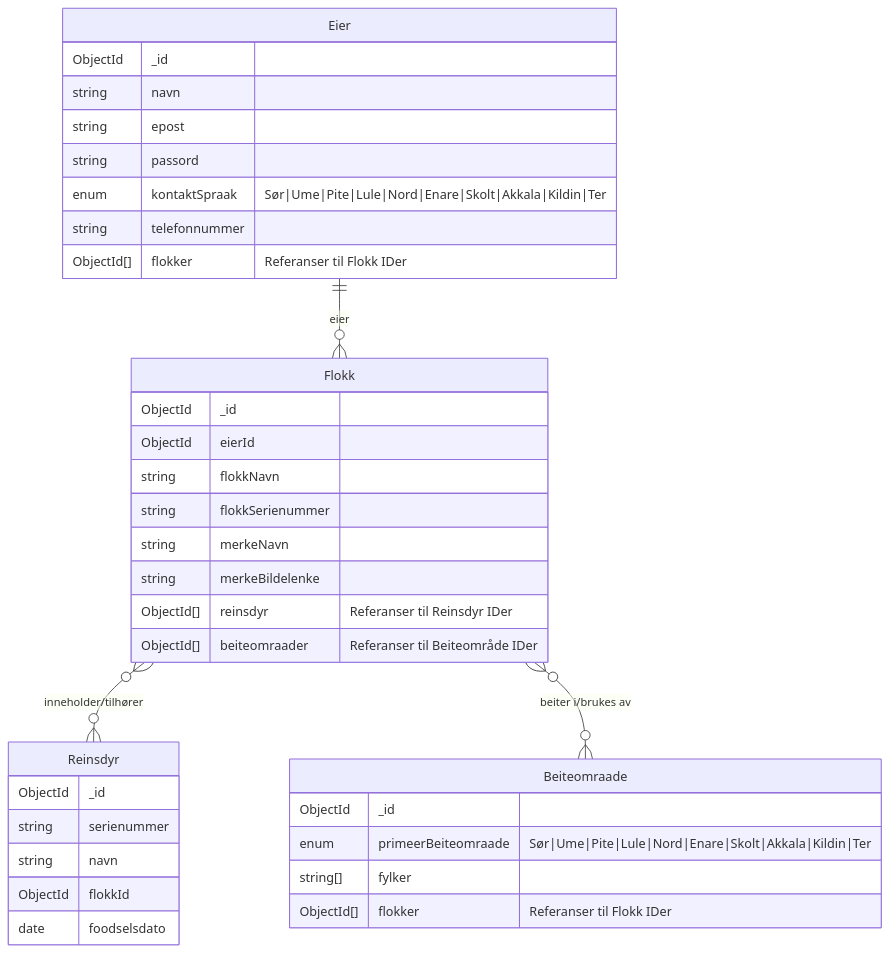
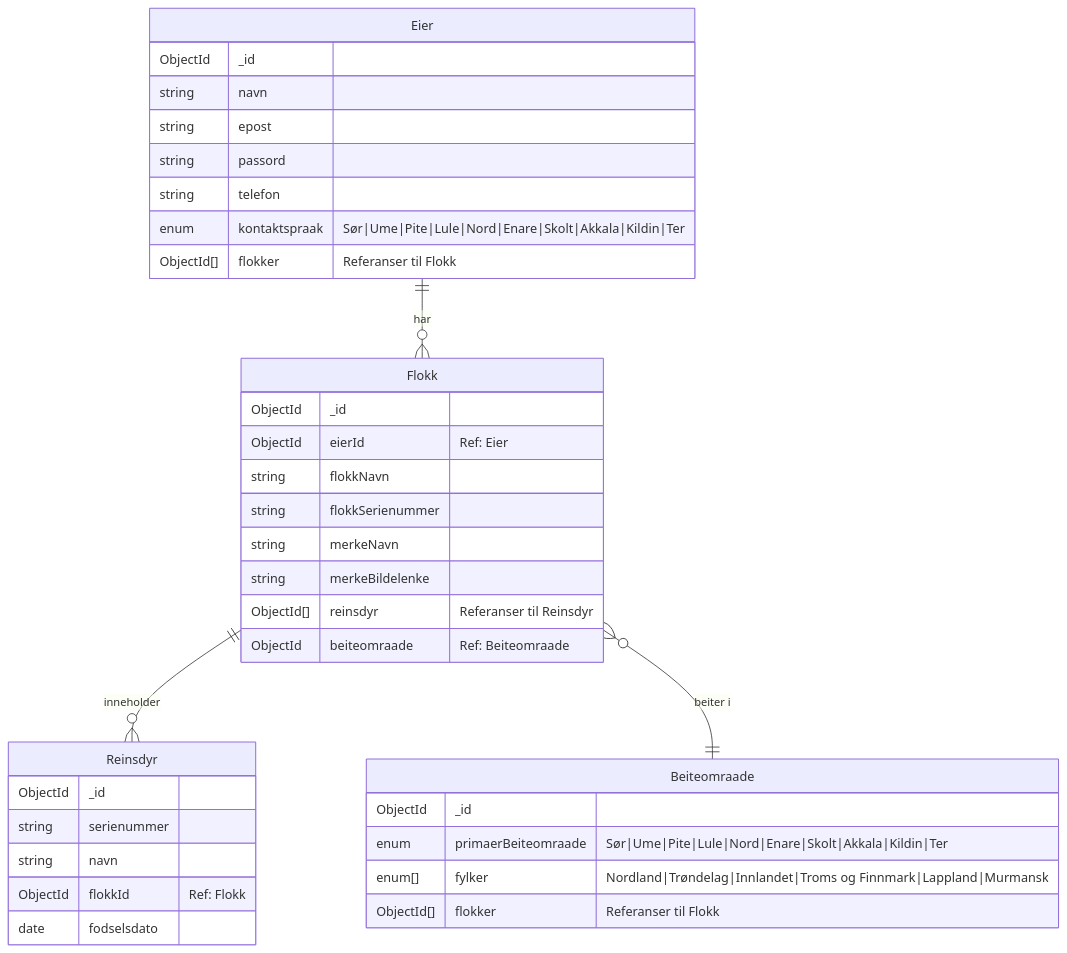
Before and after one commit to EliasNeerbye/Reinsdyr-Broker-ProveProveEksamen: the diagram in README.md, drawn with Mermaid.

````diff
--- a/README.md
+++ b/README.md
@@ -25,42 +25,42 @@
 ```mermaid
 erDiagram
     Eier {
         ObjectId _id
         string navn
         string epost
         string passord
-        enum kontaktSpraak "Sør|Ume|Pite|Lule|Nord|Enare|Skolt|Akkala|Kildin|Ter"
-        string telefonnummer
-        ObjectId[] flokker "Referanser til Flokk IDer"
+        string telefon
+        enum kontaktspraak "Sør|Ume|Pite|Lule|Nord|Enare|Skolt|Akkala|Kildin|Ter"
+        ObjectId[] flokker "Referanser til Flokk"
     }
     
     Flokk {
         ObjectId _id
-        ObjectId eierId
+        ObjectId eierId "Ref: Eier"
         string flokkNavn
         string flokkSerienummer
         string merkeNavn
         string merkeBildelenke
-        ObjectId[] reinsdyr "Referanser til Reinsdyr IDer"
-        ObjectId[] beiteomraader "Referanser til Beiteområde IDer"
+        ObjectId[] reinsdyr "Referanser til Reinsdyr"
+        ObjectId beiteomraade "Ref: Beiteomraade"
     }
     
     Reinsdyr {
         ObjectId _id
         string serienummer
         string navn
-        ObjectId flokkId
-        date foodselsdato
+        ObjectId flokkId "Ref: Flokk"
+        date fodselsdato
     }
 
     Beiteomraade {
         ObjectId _id
-        enum primeerBeiteomraade "Sør|Ume|Pite|Lule|Nord|Enare|Skolt|Akkala|Kildin|Ter"
-        string[] fylker
-        ObjectId[] flokker "Referanser til Flokk IDer"
+        enum primaerBeiteomraade "Sør|Ume|Pite|Lule|Nord|Enare|Skolt|Akkala|Kildin|Ter"
+        enum[] fylker "Nordland|Trøndelag|Innlandet|Troms og Finnmark|Lappland|Murmansk"
+        ObjectId[] flokker "Referanser til Flokk"
     }
 
-    Eier ||--o{ Flokk : eier
-    Flokk }o--o{ Reinsdyr : "inneholder/tilhører"
-    Flokk }o--o{ Beiteomraade : "beiter i/brukes av"
+    Eier ||--o{ Flokk : har
+    Flokk ||--o{ Reinsdyr : inneholder
+    Flokk }o--|| Beiteomraade : "beiter i"
 ```
````
